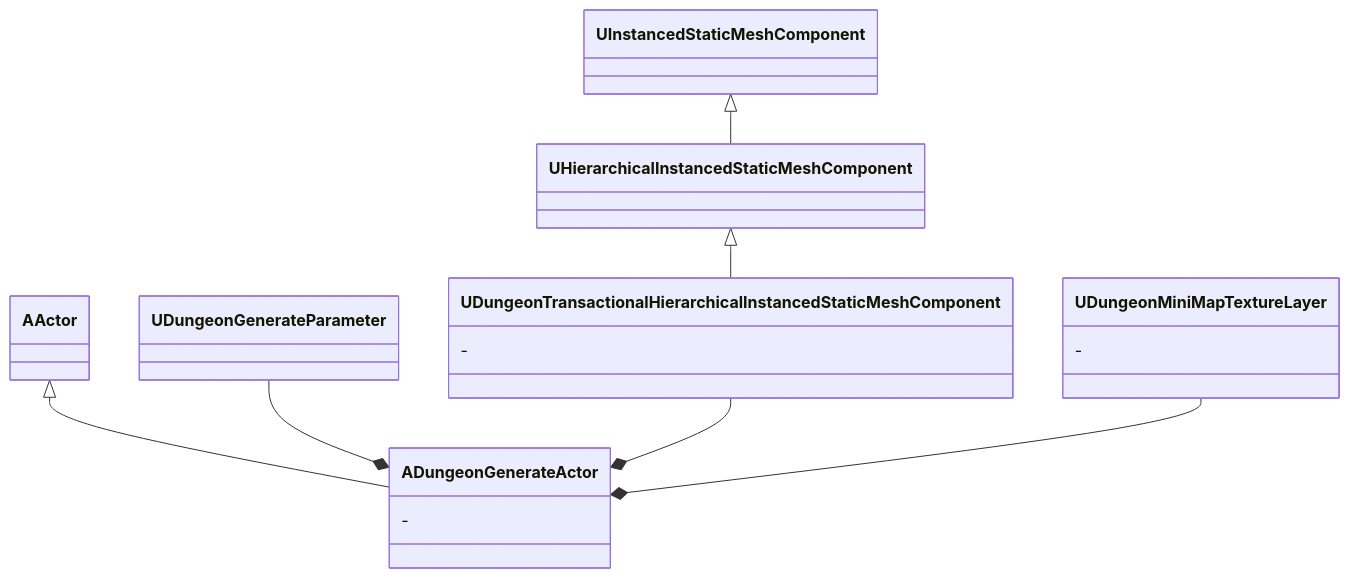
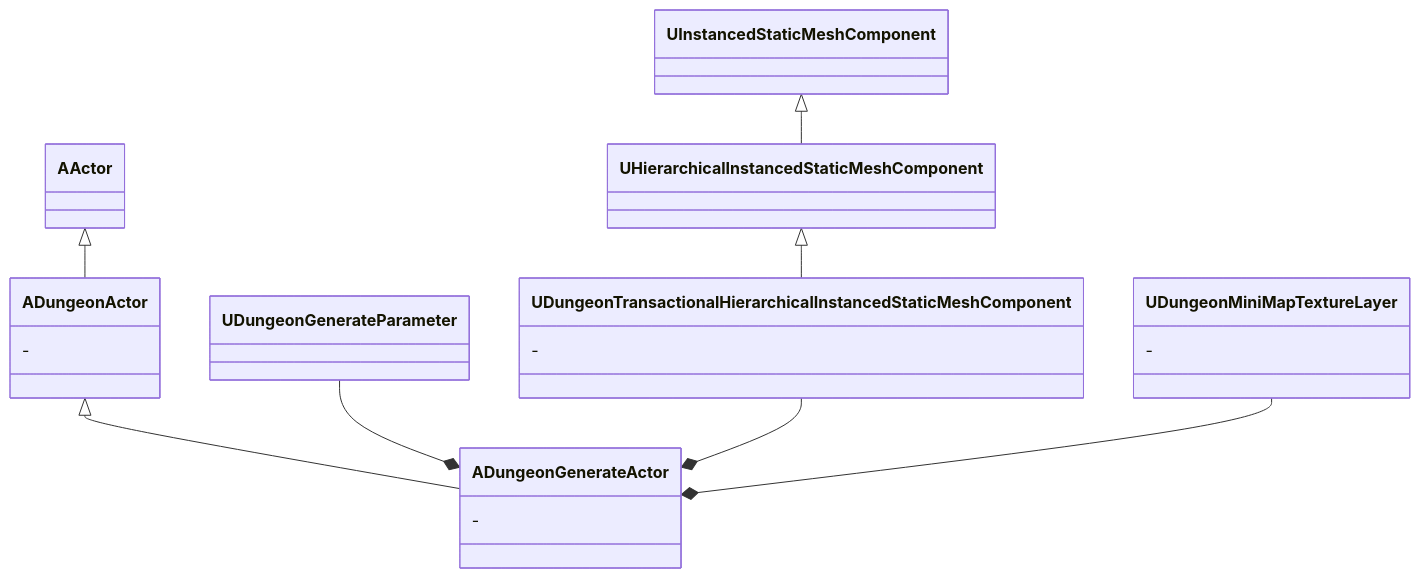
One commit to shun126/DungeonGenerator changed the second of 6 diagrams in Source/DungeonGenerator/Private/README.md. Above: the diagram before and after it, drawn with Mermaid. The commit also changed other lines of this file and 122 other files, not shown here.

````diff
--- a/Source/DungeonGenerator/Private/README.md
+++ b/Source/DungeonGenerator/Private/README.md
@@ -33,22 +33,27 @@
 ```mermaid
 classDiagram
+
+class ADungeonActor {
+    -
+}
 
 class ADungeonGenerateActor {
     -
 }
 
 class UDungeonTransactionalHierarchicalInstancedStaticMeshComponent {
     -
 }
 
 class UDungeonMiniMapTextureLayer {
     -
 }
 
-AActor <|-- ADungeonGenerateActor
+AActor <|-- ADungeonActor
+ADungeonActor <|-- ADungeonGenerateActor
 UDungeonGenerateParameter --* ADungeonGenerateActor
 UDungeonTransactionalHierarchicalInstancedStaticMeshComponent --* ADungeonGenerateActor
 UHierarchicalInstancedStaticMeshComponent <|-- UDungeonTransactionalHierarchicalInstancedStaticMeshComponent
 UInstancedStaticMeshComponent <|-- UHierarchicalInstancedStaticMeshComponent
 UDungeonMiniMapTextureLayer --* ADungeonGenerateActor
 ```
````
